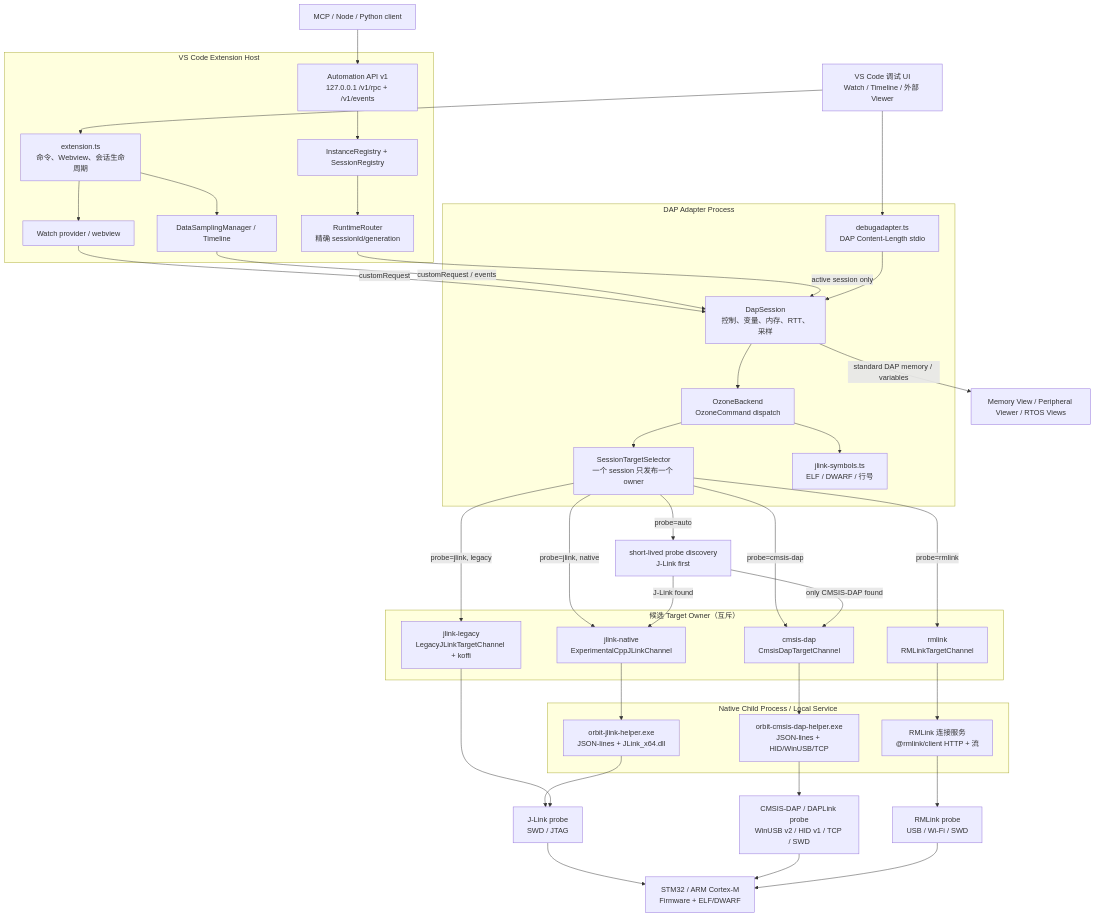
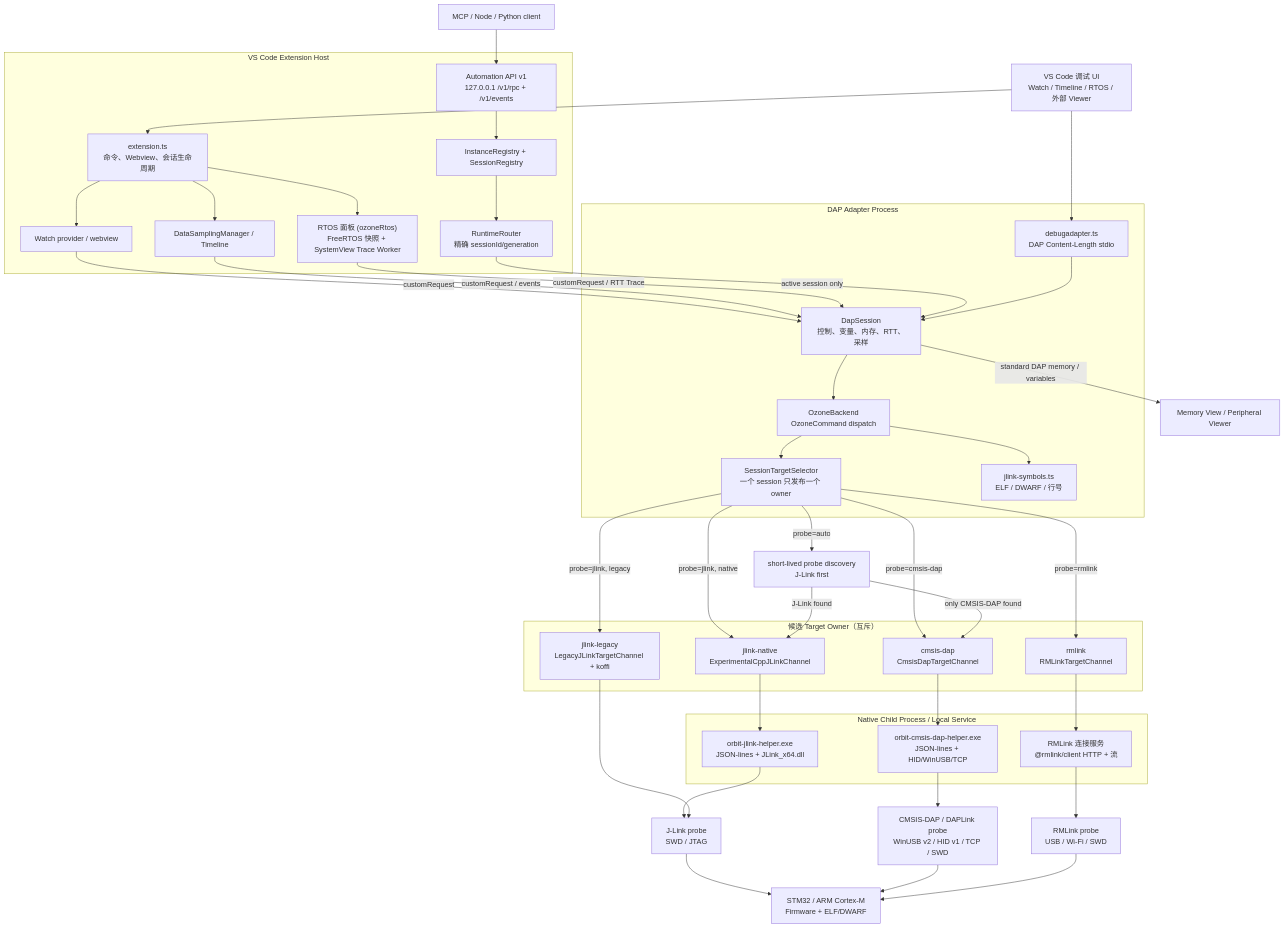
Before and after one commit to zhuangyan114/Orbit: the diagram in docs/architecture.md, drawn with Mermaid. The commit also changed other lines of this file and 14 other files, not shown here.

````diff
--- a/docs/architecture.md
+++ b/docs/architecture.md
@@ -5,66 +5,69 @@
 ```mermaid
 flowchart TD
-    VSCode["VS Code 调试 UI\nWatch / Timeline / 外部 Viewer"]
+    VSCode["VS Code 调试 UI\nWatch / Timeline / RTOS / 外部 Viewer"]
     MCP["MCP / Node / Python client"]
 
     subgraph Host["VS Code Extension Host"]
         Ext["extension.ts\n命令、Webview、会话生命周期"]
         Router["RuntimeRouter\n精确 sessionId/generation"]
         Api["Automation API v1\n127.0.0.1 /v1/rpc + /v1/events"]
         Registry["InstanceRegistry + SessionRegistry"]
         Watch["Watch provider / webview"]
         Timeline["DataSamplingManager / Timeline"]
+        RtosUi["RTOS 面板 (ozoneRtos)\nFreeRTOS 快照 + SystemView Trace Worker"]
     end
 
     subgraph Adapter["DAP Adapter Process"]
         Entry["debugadapter.ts\nDAP Content-Length stdio"]
         Session["DapSession\n控制、变量、内存、RTT、采样"]
         Backend["OzoneBackend\nOzoneCommand dispatch"]
         Selector["SessionTargetSelector\n一个 session 只发布一个 owner"]
         Symbols["jlink-symbols.ts\nELF / DWARF / 行号"]
     end
 
     subgraph Owners["候选 Target Owner（互斥）"]
         JNative["jlink-native\nExperimentalCppJLinkChannel"]
         JLegacy["jlink-legacy\nLegacyJLinkTargetChannel + koffi"]
         Cmsis["cmsis-dap\nCmsisDapTargetChannel"]
         RMLink["rmlink\nRMLinkTargetChannel"]
     end
 
     subgraph Helpers["Native Child Process / Local Service"]
         JHelper["orbit-jlink-helper.exe\nJSON-lines + JLink_x64.dll"]
         CHelper["orbit-cmsis-dap-helper.exe\nJSON-lines + HID/WinUSB/TCP"]
         RMService["RMLink 连接服务\n@rmlink/client HTTP + 流"]
     end
 
     JLink["J-Link probe\nSWD / JTAG"]
     DapProbe["CMSIS-DAP / DAPLink probe\nWinUSB v2 / HID v1 / TCP / SWD"]
     RMProbe["RMLink probe\nUSB / Wi-Fi / SWD"]
     ProbeDiscovery["short-lived probe discovery\nJ-Link first"]
     Target["STM32 / ARM Cortex-M\nFirmware + ELF/DWARF"]
-    ExternalViews["Memory View / Peripheral Viewer / RTOS Views"]
+    ExternalViews["Memory View / Peripheral Viewer"]
 
     VSCode --> Entry
     VSCode --> Ext
     MCP --> Api --> Registry
     Registry --> Router
     Ext --> Watch
     Ext --> Timeline
+    Ext --> RtosUi
     Watch -->|"customRequest"| Session
     Timeline -->|"customRequest / events"| Session
+    RtosUi -->|"customRequest / RTT Trace"| Session
     Router -->|"active session only"| Session
     Entry --> Session --> Backend --> Selector
     Backend --> Symbols
     Session -->|"standard DAP memory / variables"| ExternalViews
 
     Selector -->|"probe=jlink, native"| JNative --> JHelper --> JLink
     Selector -->|"probe=jlink, legacy"| JLegacy --> JLink
     Selector -->|"probe=cmsis-dap"| Cmsis --> CHelper --> DapProbe
     Selector -->|"probe=rmlink"| RMLink --> RMService --> RMProbe
     Selector -->|"probe=auto"| ProbeDiscovery
     ProbeDiscovery -->|"J-Link found"| JNative
     ProbeDiscovery -->|"only CMSIS-DAP found"| Cmsis
     JLink --> Target
     DapProbe --> Target
     RMProbe --> Target
 ```
````
